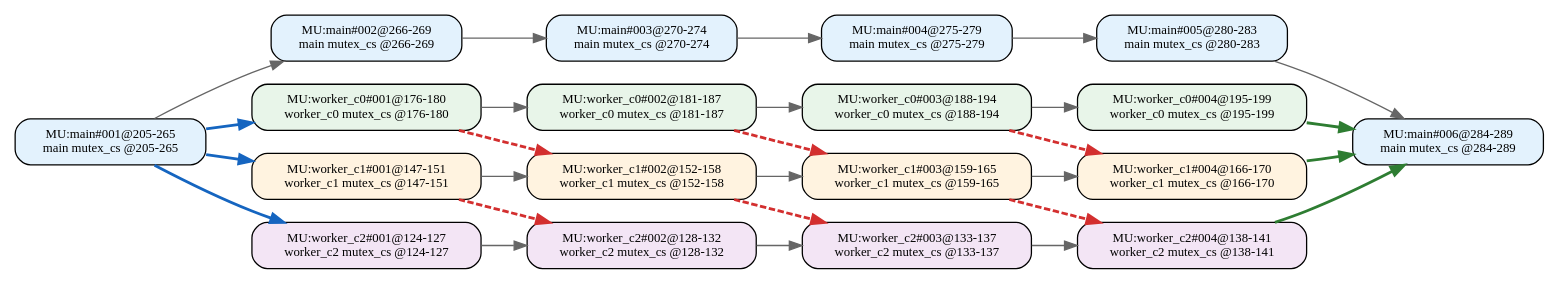
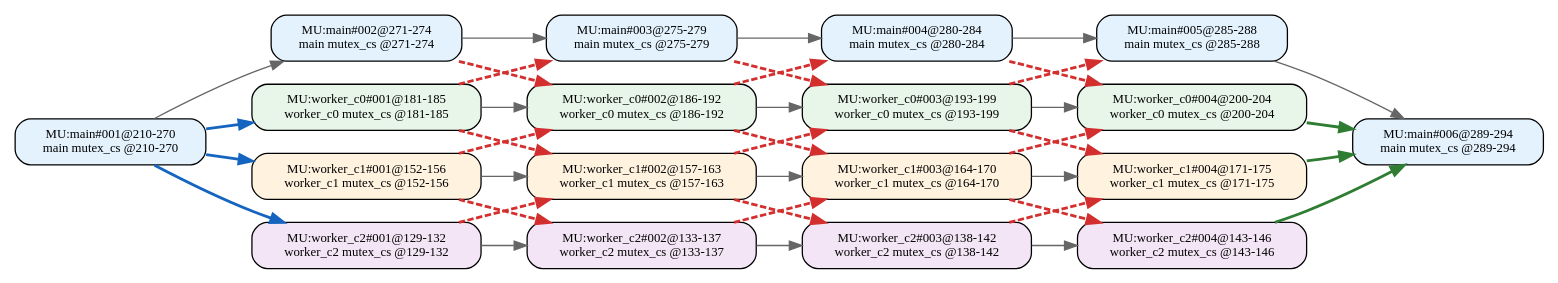
Before and after one commit to RTS-SYSU/DAG-Gen: the diagram in 中间结果/zhang3/pipeline/blocks/level2/effective_line_merge/dag_seg.dot, drawn with Graphviz. The commit also changed 1017 other files, not shown here.

Commit message:
已矫正dag图circle问题，下一步准备板子上实验

```diff
--- a/中间结果/zhang3/pipeline/blocks/level2/effective_line_merge/dag_seg.dot
+++ b/中间结果/zhang3/pipeline/blocks/level2/effective_line_merge/dag_seg.dot
@@ -1,48 +1,60 @@
 digraph Level2SegDAG {
   rankdir=LR;
   node [shape=box, fontname="Consolas", fontsize=10];
-  "MU:main#001@205-265" [style="rounded,filled", fillcolor="#E3F2FD", label="MU:main#001@205-265\nmain mutex_cs @205-265"];
-  "MU:main#002@266-269" [style="rounded,filled", fillcolor="#E3F2FD", label="MU:main#002@266-269\nmain mutex_cs @266-269"];
-  "MU:main#003@270-274" [style="rounded,filled", fillcolor="#E3F2FD", label="MU:main#003@270-274\nmain mutex_cs @270-274"];
-  "MU:main#004@275-279" [style="rounded,filled", fillcolor="#E3F2FD", label="MU:main#004@275-279\nmain mutex_cs @275-279"];
-  "MU:main#005@280-283" [style="rounded,filled", fillcolor="#E3F2FD", label="MU:main#005@280-283\nmain mutex_cs @280-283"];
-  "MU:main#006@284-289" [style="rounded,filled", fillcolor="#E3F2FD", label="MU:main#006@284-289\nmain mutex_cs @284-289"];
-  "MU:worker_c0#001@176-180" [style="rounded,filled", fillcolor="#E8F5E9", label="MU:worker_c0#001@176-180\nworker_c0 mutex_cs @176-180"];
-  "MU:worker_c0#002@181-187" [style="rounded,filled", fillcolor="#E8F5E9", label="MU:worker_c0#002@181-187\nworker_c0 mutex_cs @181-187"];
-  "MU:worker_c0#003@188-194" [style="rounded,filled", fillcolor="#E8F5E9", label="MU:worker_c0#003@188-194\nworker_c0 mutex_cs @188-194"];
-  "MU:worker_c0#004@195-199" [style="rounded,filled", fillcolor="#E8F5E9", label="MU:worker_c0#004@195-199\nworker_c0 mutex_cs @195-199"];
-  "MU:worker_c1#001@147-151" [style="rounded,filled", fillcolor="#FFF3E0", label="MU:worker_c1#001@147-151\nworker_c1 mutex_cs @147-151"];
-  "MU:worker_c1#002@152-158" [style="rounded,filled", fillcolor="#FFF3E0", label="MU:worker_c1#002@152-158\nworker_c1 mutex_cs @152-158"];
-  "MU:worker_c1#003@159-165" [style="rounded,filled", fillcolor="#FFF3E0", label="MU:worker_c1#003@159-165\nworker_c1 mutex_cs @159-165"];
-  "MU:worker_c1#004@166-170" [style="rounded,filled", fillcolor="#FFF3E0", label="MU:worker_c1#004@166-170\nworker_c1 mutex_cs @166-170"];
-  "MU:worker_c2#001@124-127" [style="rounded,filled", fillcolor="#F3E5F5", label="MU:worker_c2#001@124-127\nworker_c2 mutex_cs @124-127"];
-  "MU:worker_c2#002@128-132" [style="rounded,filled", fillcolor="#F3E5F5", label="MU:worker_c2#002@128-132\nworker_c2 mutex_cs @128-132"];
-  "MU:worker_c2#003@133-137" [style="rounded,filled", fillcolor="#F3E5F5", label="MU:worker_c2#003@133-137\nworker_c2 mutex_cs @133-137"];
-  "MU:worker_c2#004@138-141" [style="rounded,filled", fillcolor="#F3E5F5", label="MU:worker_c2#004@138-141\nworker_c2 mutex_cs @138-141"];
-  "MU:worker_c2#001@124-127" -> "MU:worker_c2#002@128-132" [color="#666666", style="solid", penwidth=1.0];
-  "MU:worker_c2#002@128-132" -> "MU:worker_c2#003@133-137" [color="#666666", style="solid", penwidth=1.0];
-  "MU:worker_c2#003@133-137" -> "MU:worker_c2#004@138-141" [color="#666666", style="solid", penwidth=1.0];
-  "MU:worker_c1#001@147-151" -> "MU:worker_c1#002@152-158" [color="#666666", style="solid", penwidth=1.0];
-  "MU:worker_c1#002@152-158" -> "MU:worker_c1#003@159-165" [color="#666666", style="solid", penwidth=1.0];
-  "MU:worker_c1#003@159-165" -> "MU:worker_c1#004@166-170" [color="#666666", style="solid", penwidth=1.0];
-  "MU:worker_c0#001@176-180" -> "MU:worker_c0#002@181-187" [color="#666666", style="solid", penwidth=1.0];
-  "MU:worker_c0#002@181-187" -> "MU:worker_c0#003@188-194" [color="#666666", style="solid", penwidth=1.0];
-  "MU:worker_c0#003@188-194" -> "MU:worker_c0#004@195-199" [color="#666666", style="solid", penwidth=1.0];
-  "MU:main#001@205-265" -> "MU:main#002@266-269" [color="#666666", style="solid", penwidth=1.0];
-  "MU:main#002@266-269" -> "MU:main#003@270-274" [color="#666666", style="solid", penwidth=1.0];
-  "MU:main#003@270-274" -> "MU:main#004@275-279" [color="#666666", style="solid", penwidth=1.0];
-  "MU:main#004@275-279" -> "MU:main#005@280-283" [color="#666666", style="solid", penwidth=1.0];
-  "MU:main#005@280-283" -> "MU:main#006@284-289" [color="#666666", style="solid", penwidth=1.0];
-  "MU:main#001@205-265" -> "MU:worker_c0#001@176-180" [color="#1565C0", style="solid", penwidth=2.2];
-  "MU:main#001@205-265" -> "MU:worker_c1#001@147-151" [color="#1565C0", style="solid", penwidth=2.2];
-  "MU:main#001@205-265" -> "MU:worker_c2#001@124-127" [color="#1565C0", style="solid", penwidth=2.2];
-  "MU:worker_c0#004@195-199" -> "MU:main#006@284-289" [color="#2E7D32", style="solid", penwidth=2.2];
-  "MU:worker_c1#004@166-170" -> "MU:main#006@284-289" [color="#2E7D32", style="solid", penwidth=2.2];
-  "MU:worker_c2#004@138-141" -> "MU:main#006@284-289" [color="#2E7D32", style="solid", penwidth=2.2];
-  "MU:worker_c1#001@147-151" -> "MU:worker_c2#002@128-132" [color="#D32F2F", style="dashed", penwidth=2.2];
-  "MU:worker_c1#002@152-158" -> "MU:worker_c2#003@133-137" [color="#D32F2F", style="dashed", penwidth=2.2];
-  "MU:worker_c1#003@159-165" -> "MU:worker_c2#004@138-141" [color="#D32F2F", style="dashed", penwidth=2.2];
-  "MU:worker_c0#001@176-180" -> "MU:worker_c1#002@152-158" [color="#D32F2F", style="dashed", penwidth=2.2];
-  "MU:worker_c0#002@181-187" -> "MU:worker_c1#003@159-165" [color="#D32F2F", style="dashed", penwidth=2.2];
-  "MU:worker_c0#003@188-194" -> "MU:worker_c1#004@166-170" [color="#D32F2F", style="dashed", penwidth=2.2];
+  "MU:main#001@210-270" [style="rounded,filled", fillcolor="#E3F2FD", label="MU:main#001@210-270\nmain mutex_cs @210-270"];
+  "MU:main#002@271-274" [style="rounded,filled", fillcolor="#E3F2FD", label="MU:main#002@271-274\nmain mutex_cs @271-274"];
+  "MU:main#003@275-279" [style="rounded,filled", fillcolor="#E3F2FD", label="MU:main#003@275-279\nmain mutex_cs @275-279"];
+  "MU:main#004@280-284" [style="rounded,filled", fillcolor="#E3F2FD", label="MU:main#004@280-284\nmain mutex_cs @280-284"];
+  "MU:main#005@285-288" [style="rounded,filled", fillcolor="#E3F2FD", label="MU:main#005@285-288\nmain mutex_cs @285-288"];
+  "MU:main#006@289-294" [style="rounded,filled", fillcolor="#E3F2FD", label="MU:main#006@289-294\nmain mutex_cs @289-294"];
+  "MU:worker_c0#001@181-185" [style="rounded,filled", fillcolor="#E8F5E9", label="MU:worker_c0#001@181-185\nworker_c0 mutex_cs @181-185"];
+  "MU:worker_c0#002@186-192" [style="rounded,filled", fillcolor="#E8F5E9", label="MU:worker_c0#002@186-192\nworker_c0 mutex_cs @186-192"];
+  "MU:worker_c0#003@193-199" [style="rounded,filled", fillcolor="#E8F5E9", label="MU:worker_c0#003@193-199\nworker_c0 mutex_cs @193-199"];
+  "MU:worker_c0#004@200-204" [style="rounded,filled", fillcolor="#E8F5E9", label="MU:worker_c0#004@200-204\nworker_c0 mutex_cs @200-204"];
+  "MU:worker_c1#001@152-156" [style="rounded,filled", fillcolor="#FFF3E0", label="MU:worker_c1#001@152-156\nworker_c1 mutex_cs @152-156"];
+  "MU:worker_c1#002@157-163" [style="rounded,filled", fillcolor="#FFF3E0", label="MU:worker_c1#002@157-163\nworker_c1 mutex_cs @157-163"];
+  "MU:worker_c1#003@164-170" [style="rounded,filled", fillcolor="#FFF3E0", label="MU:worker_c1#003@164-170\nworker_c1 mutex_cs @164-170"];
+  "MU:worker_c1#004@171-175" [style="rounded,filled", fillcolor="#FFF3E0", label="MU:worker_c1#004@171-175\nworker_c1 mutex_cs @171-175"];
+  "MU:worker_c2#001@129-132" [style="rounded,filled", fillcolor="#F3E5F5", label="MU:worker_c2#001@129-132\nworker_c2 mutex_cs @129-132"];
+  "MU:worker_c2#002@133-137" [style="rounded,filled", fillcolor="#F3E5F5", label="MU:worker_c2#002@133-137\nworker_c2 mutex_cs @133-137"];
+  "MU:worker_c2#003@138-142" [style="rounded,filled", fillcolor="#F3E5F5", label="MU:worker_c2#003@138-142\nworker_c2 mutex_cs @138-142"];
+  "MU:worker_c2#004@143-146" [style="rounded,filled", fillcolor="#F3E5F5", label="MU:worker_c2#004@143-146\nworker_c2 mutex_cs @143-146"];
+  "MU:worker_c2#001@129-132" -> "MU:worker_c2#002@133-137" [color="#666666", style="solid", penwidth=1.0];
+  "MU:worker_c2#002@133-137" -> "MU:worker_c2#003@138-142" [color="#666666", style="solid", penwidth=1.0];
+  "MU:worker_c2#003@138-142" -> "MU:worker_c2#004@143-146" [color="#666666", style="solid", penwidth=1.0];
+  "MU:worker_c1#001@152-156" -> "MU:worker_c1#002@157-163" [color="#666666", style="solid", penwidth=1.0];
+  "MU:worker_c1#002@157-163" -> "MU:worker_c1#003@164-170" [color="#666666", style="solid", penwidth=1.0];
+  "MU:worker_c1#003@164-170" -> "MU:worker_c1#004@171-175" [color="#666666", style="solid", penwidth=1.0];
+  "MU:worker_c0#001@181-185" -> "MU:worker_c0#002@186-192" [color="#666666", style="solid", penwidth=1.0];
+  "MU:worker_c0#002@186-192" -> "MU:worker_c0#003@193-199" [color="#666666", style="solid", penwidth=1.0];
+  "MU:worker_c0#003@193-199" -> "MU:worker_c0#004@200-204" [color="#666666", style="solid", penwidth=1.0];
+  "MU:main#001@210-270" -> "MU:main#002@271-274" [color="#666666", style="solid", penwidth=1.0];
+  "MU:main#002@271-274" -> "MU:main#003@275-279" [color="#666666", style="solid", penwidth=1.0];
+  "MU:main#003@275-279" -> "MU:main#004@280-284" [color="#666666", style="solid", penwidth=1.0];
+  "MU:main#004@280-284" -> "MU:main#005@285-288" [color="#666666", style="solid", penwidth=1.0];
+  "MU:main#005@285-288" -> "MU:main#006@289-294" [color="#666666", style="solid", penwidth=1.0];
+  "MU:main#001@210-270" -> "MU:worker_c0#001@181-185" [color="#1565C0", style="solid", penwidth=2.2];
+  "MU:main#001@210-270" -> "MU:worker_c1#001@152-156" [color="#1565C0", style="solid", penwidth=2.2];
+  "MU:main#001@210-270" -> "MU:worker_c2#001@129-132" [color="#1565C0", style="solid", penwidth=2.2];
+  "MU:worker_c0#004@200-204" -> "MU:main#006@289-294" [color="#2E7D32", style="solid", penwidth=2.2];
+  "MU:worker_c1#004@171-175" -> "MU:main#006@289-294" [color="#2E7D32", style="solid", penwidth=2.2];
+  "MU:worker_c2#004@143-146" -> "MU:main#006@289-294" [color="#2E7D32", style="solid", penwidth=2.2];
+  "MU:worker_c2#001@129-132" -> "MU:worker_c1#002@157-163" [color="#D32F2F", style="dashed", penwidth=2.2];
+  "MU:worker_c1#001@152-156" -> "MU:worker_c2#002@133-137" [color="#D32F2F", style="dashed", penwidth=2.2];
+  "MU:worker_c2#002@133-137" -> "MU:worker_c1#003@164-170" [color="#D32F2F", style="dashed", penwidth=2.2];
+  "MU:worker_c1#002@157-163" -> "MU:worker_c2#003@138-142" [color="#D32F2F", style="dashed", penwidth=2.2];
+  "MU:worker_c2#003@138-142" -> "MU:worker_c1#004@171-175" [color="#D32F2F", style="dashed", penwidth=2.2];
+  "MU:worker_c1#003@164-170" -> "MU:worker_c2#004@143-146" [color="#D32F2F", style="dashed", penwidth=2.2];
+  "MU:worker_c1#001@152-156" -> "MU:worker_c0#002@186-192" [color="#D32F2F", style="dashed", penwidth=2.2];
+  "MU:worker_c0#001@181-185" -> "MU:worker_c1#002@157-163" [color="#D32F2F", style="dashed", penwidth=2.2];
+  "MU:worker_c1#002@157-163" -> "MU:worker_c0#003@193-199" [color="#D32F2F", style="dashed", penwidth=2.2];
+  "MU:worker_c0#002@186-192" -> "MU:worker_c1#003@164-170" [color="#D32F2F", style="dashed", penwidth=2.2];
+  "MU:worker_c1#003@164-170" -> "MU:worker_c0#004@200-204" [color="#D32F2F", style="dashed", penwidth=2.2];
+  "MU:worker_c0#003@193-199" -> "MU:worker_c1#004@171-175" [color="#D32F2F", style="dashed", penwidth=2.2];
+  "MU:worker_c0#001@181-185" -> "MU:main#003@275-279" [color="#D32F2F", style="dashed", penwidth=2.2];
+  "MU:main#002@271-274" -> "MU:worker_c0#002@186-192" [color="#D32F2F", style="dashed", penwidth=2.2];
+  "MU:worker_c0#002@186-192" -> "MU:main#004@280-284" [color="#D32F2F", style="dashed", penwidth=2.2];
+  "MU:main#003@275-279" -> "MU:worker_c0#003@193-199" [color="#D32F2F", style="dashed", penwidth=2.2];
+  "MU:worker_c0#003@193-199" -> "MU:main#005@285-288" [color="#D32F2F", style="dashed", penwidth=2.2];
+  "MU:main#004@280-284" -> "MU:worker_c0#004@200-204" [color="#D32F2F", style="dashed", penwidth=2.2];
 }
```
